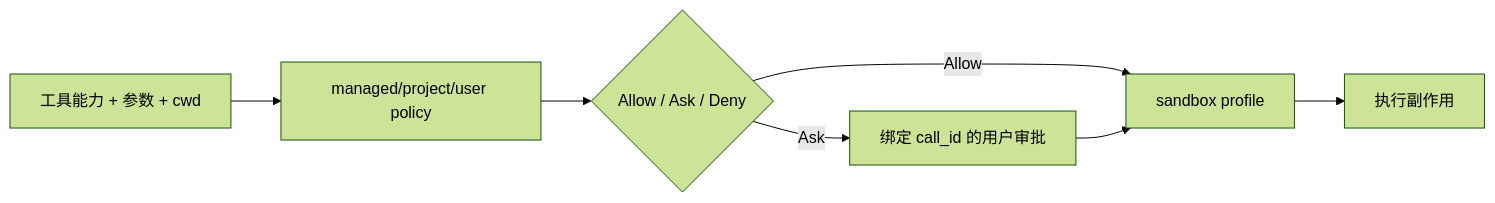
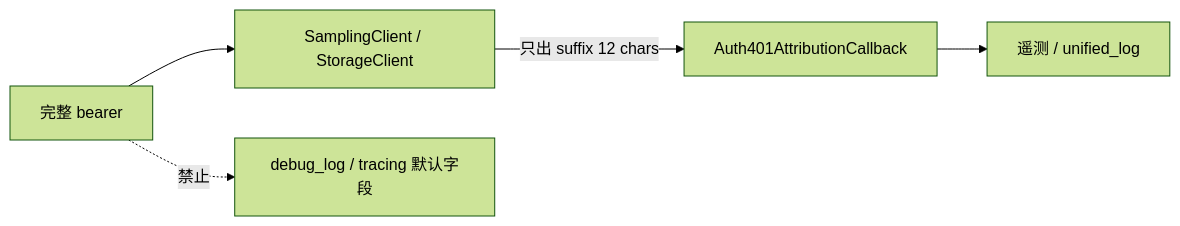
One commit to adrian9778/grok-build changed diagram 11 of 12 in docs/adrian/sourceReader/可靠性与通用技术实现说明书.md. Above: the diagram before and after it, drawn with Mermaid (forest theme). The commit also changed other lines of this file and 41 other files, not shown here.

````diff
--- a/docs/adrian/sourceReader/可靠性与通用技术实现说明书.md
+++ b/docs/adrian/sourceReader/可靠性与通用技术实现说明书.md
@@ -217,9 +525,7 @@
 ```mermaid
 flowchart LR
-    CAP["工具能力 + 参数 + cwd"] --> POLICY["managed/project/user policy"]
-    POLICY --> DEC{"Allow / Ask / Deny"}
-    DEC -->|Ask| APPROVAL["绑定 call_id 的用户审批"]
-    DEC -->|Allow| PROFILE["sandbox profile"]
-    APPROVAL --> PROFILE
-    PROFILE --> EXEC["执行副作用"]
+    TOK["完整 bearer"] --> CLI["SamplingClient / StorageClient"]
+    CLI -->|"只出 suffix 12 chars"| CB["Auth401AttributionCallback"]
+    CB --> TEL["遥测 / unified_log"]
+    TOK -.->|"禁止"| LOG["debug_log / tracing 默认字段"]
 ```
````
